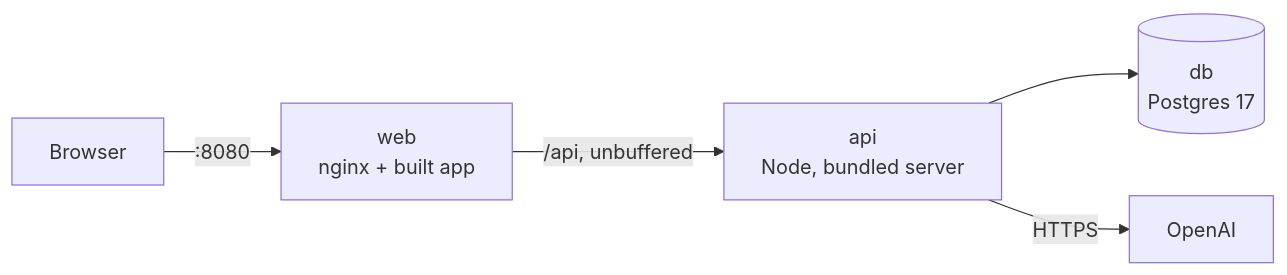
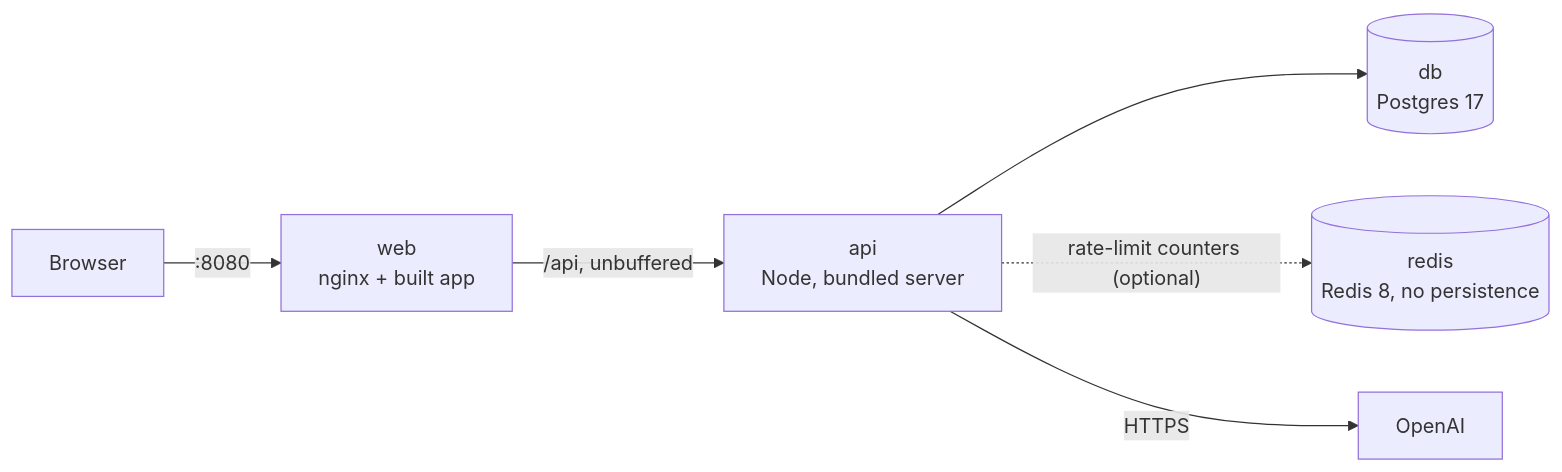
The third of 3 diagrams in docs/ARCHITECTURE.md (daniel-citrus/genui-prototype), drawn with Mermaid before and after one commit. The commit also changed other lines of this file and 4 other files, not shown here.

````diff
--- a/docs/ARCHITECTURE.md
+++ b/docs/ARCHITECTURE.md
@@ -159,7 +172,8 @@
 ```mermaid
 flowchart LR
   User["Browser"] -- ":8080" --> Web["web<br/>nginx + built app"]
   Web -- "/api, unbuffered" --> Api["api<br/>Node, bundled server"]
   Api --> Db[("db<br/>Postgres 17")]
+  Api -. "rate-limit counters (optional)" .-> Redis[("redis<br/>Redis 8, no persistence")]
   Api -- "HTTPS" --> OpenAI["OpenAI"]
 ```
````
